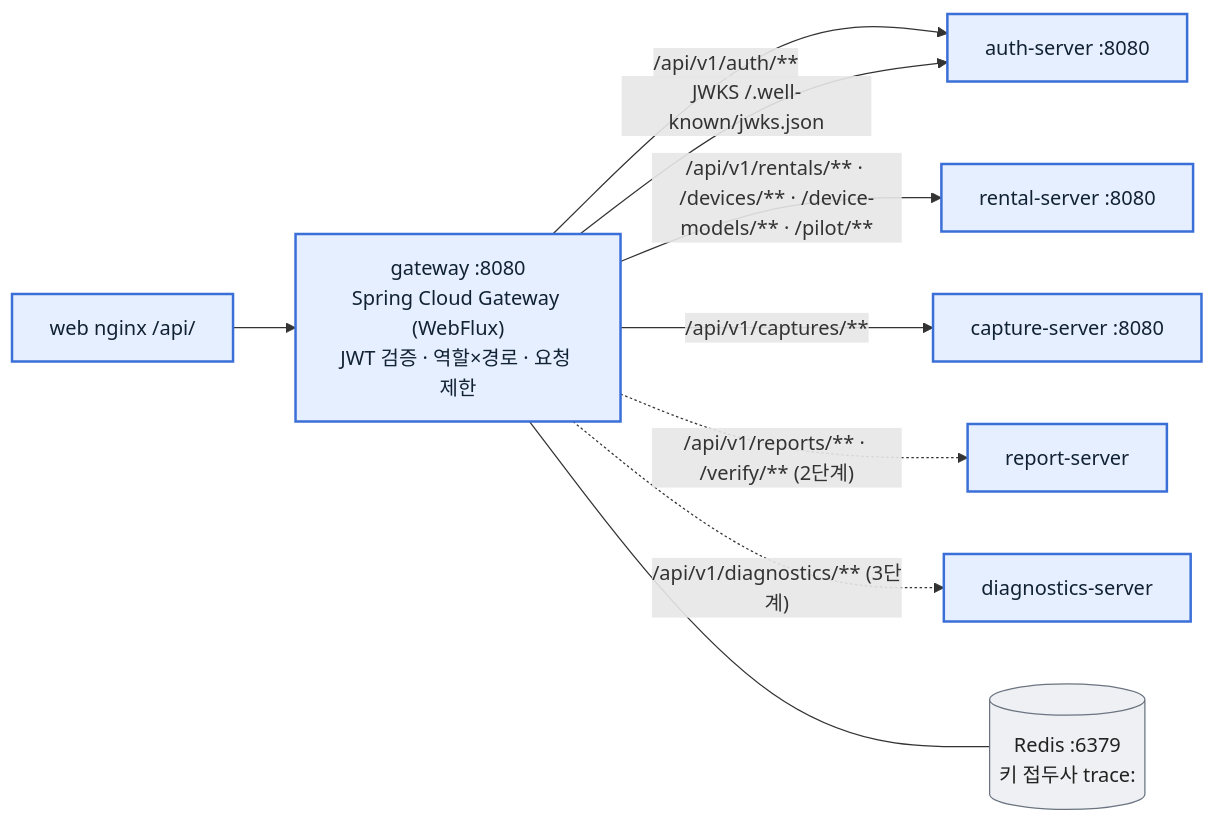
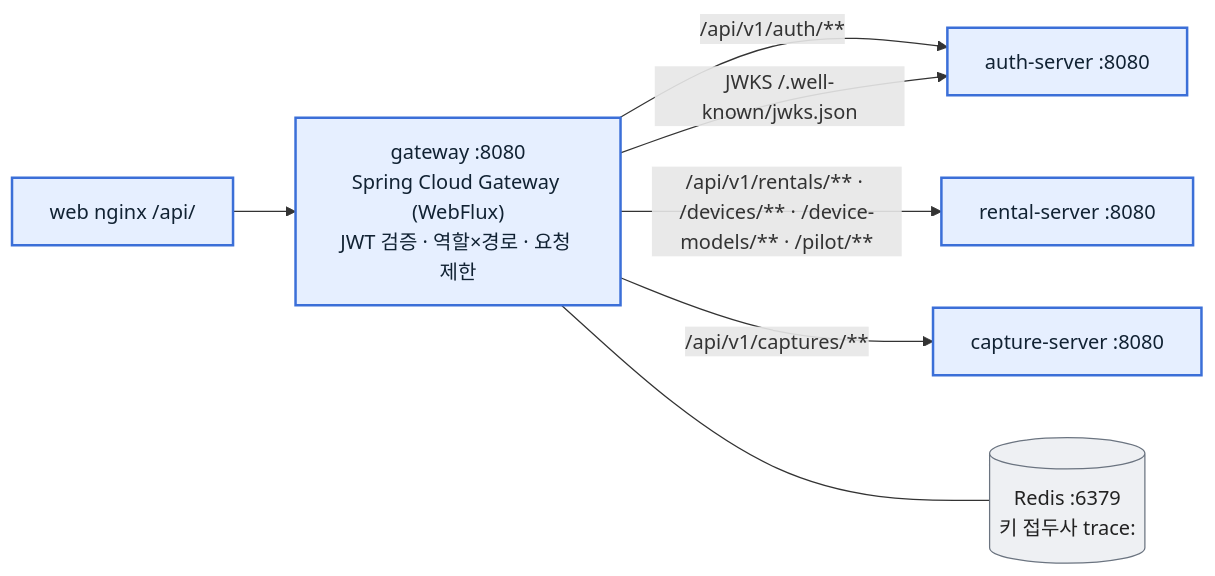
The second of 7 diagrams in mvp/02-services.md (GAKDO/docs), drawn with Mermaid before and after one commit. The commit also changed other lines of this file and 35 other files, not shown here.

````diff
--- a/mvp/02-services.md
+++ b/mvp/02-services.md
@@ -51,13 +48,11 @@
 ```mermaid
 flowchart LR
   classDef nophoto fill:#e6efff,stroke:#3b6fd8,stroke-width:2px,color:#123
   classDef infra fill:#eef0f3,stroke:#6b7480,color:#222
   w["web nginx /api/"]:::nophoto --> gw["gateway :8080<br/>Spring Cloud Gateway (WebFlux)<br/>JWT 검증 · 역할×경로 · 요청 제한"]:::nophoto
   gw -->|"/api/v1/auth/**"| a["auth-server :8080"]:::nophoto
   gw -->|"/api/v1/rentals/** · /devices/** · /device-models/** · /pilot/**"| r["rental-server :8080"]:::nophoto
   gw -->|"/api/v1/captures/**"| c["capture-server :8080"]:::nophoto
-  gw -.->|"/api/v1/reports/** · /verify/** (2단계)"| rp["report-server"]:::nophoto
-  gw -.->|"/api/v1/diagnostics/** (3단계)"| d["diagnostics-server"]:::nophoto
   gw -->|"JWKS /.well-known/jwks.json"| a
   gw --- redis[("Redis :6379<br/>키 접두사 trace:")]:::infra
 ```
````
